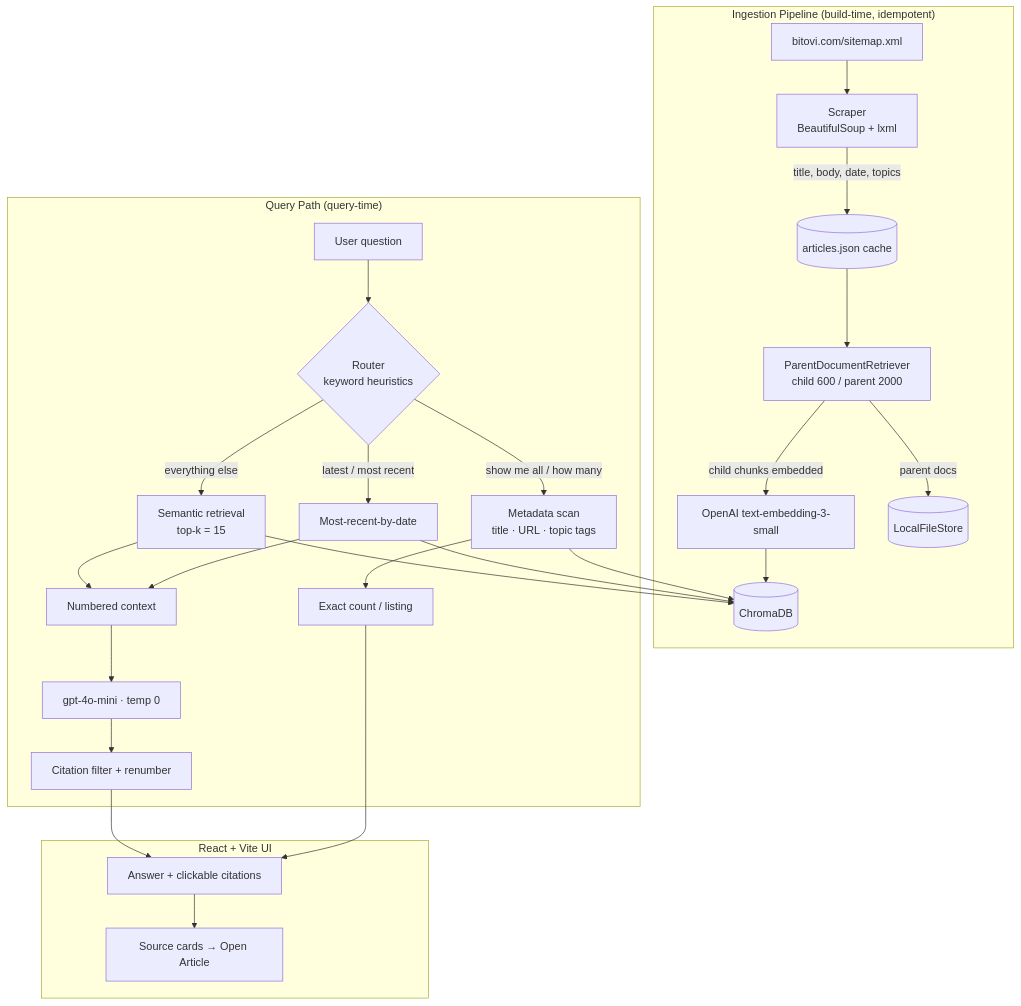
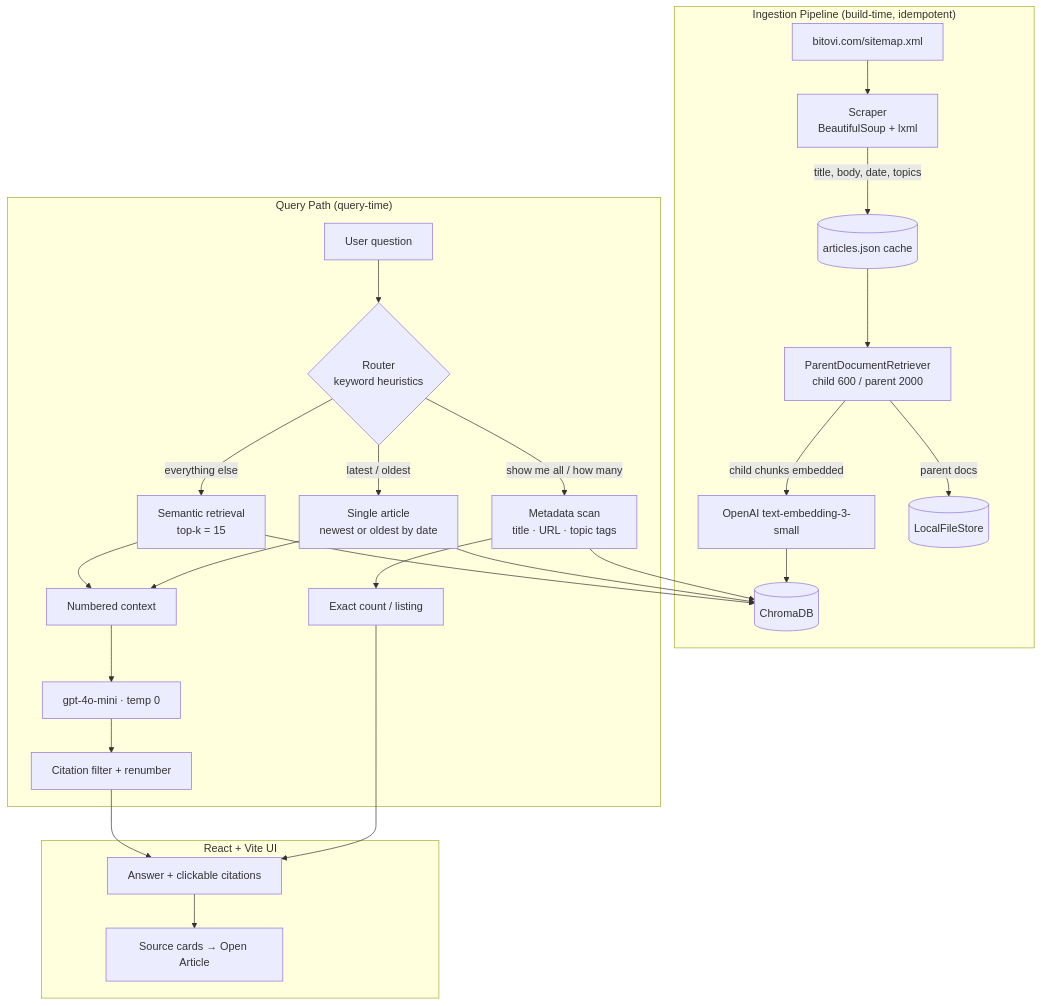
One commit to i-Blaise/Bitovi-Blog-AI-Agent changed the diagram in README.md. Above: the diagram before and after it, drawn with Mermaid. The commit also changed other lines of this file and 2 other files, not shown here.

Commit message:
feat: add oldest article retrieval path and refactor date-based query logic

````diff
--- a/README.md
+++ b/README.md
@@ -30,31 +30,31 @@
 ```mermaid
 flowchart TD
     subgraph Ingestion["Ingestion Pipeline (build-time, idempotent)"]
         SM[bitovi.com/sitemap.xml] --> SC[Scraper<br/>BeautifulSoup + lxml]
         SC -->|title, body, date, topics| AJ[(articles.json cache)]
         AJ --> CH[ParentDocumentRetriever<br/>child 600 / parent 2000]
         CH -->|child chunks embedded| EMB[OpenAI text-embedding-3-small]
         EMB --> VS[(ChromaDB)]
         CH -->|parent docs| DS[(LocalFileStore)]
     end
 
     subgraph Query["Query Path (query-time)"]
         Q[User question] --> R{Router<br/>keyword heuristics}
         R -->|"show me all / how many"| MD[Metadata scan<br/>title · URL · topic tags]
-        R -->|"latest / most recent"| RC[Most-recent-by-date]
+        R -->|"latest / oldest"| RC[Single article<br/>newest or oldest by date]
         R -->|everything else| SEM[Semantic retrieval<br/>top-k = 15]
         SEM --> VS
         RC --> VS
         MD --> VS
         SEM --> CTX[Numbered context] --> LLM[gpt-4o-mini · temp 0]
         RC --> CTX
         LLM --> CITE[Citation filter + renumber]
         MD --> LIST[Exact count / listing]
     end
 
     subgraph UI["React + Vite UI"]
         CITE --> ANS[Answer + clickable citations]
         LIST --> ANS
         ANS --> CARDS[Source cards → Open Article]
     end
 ```
````
